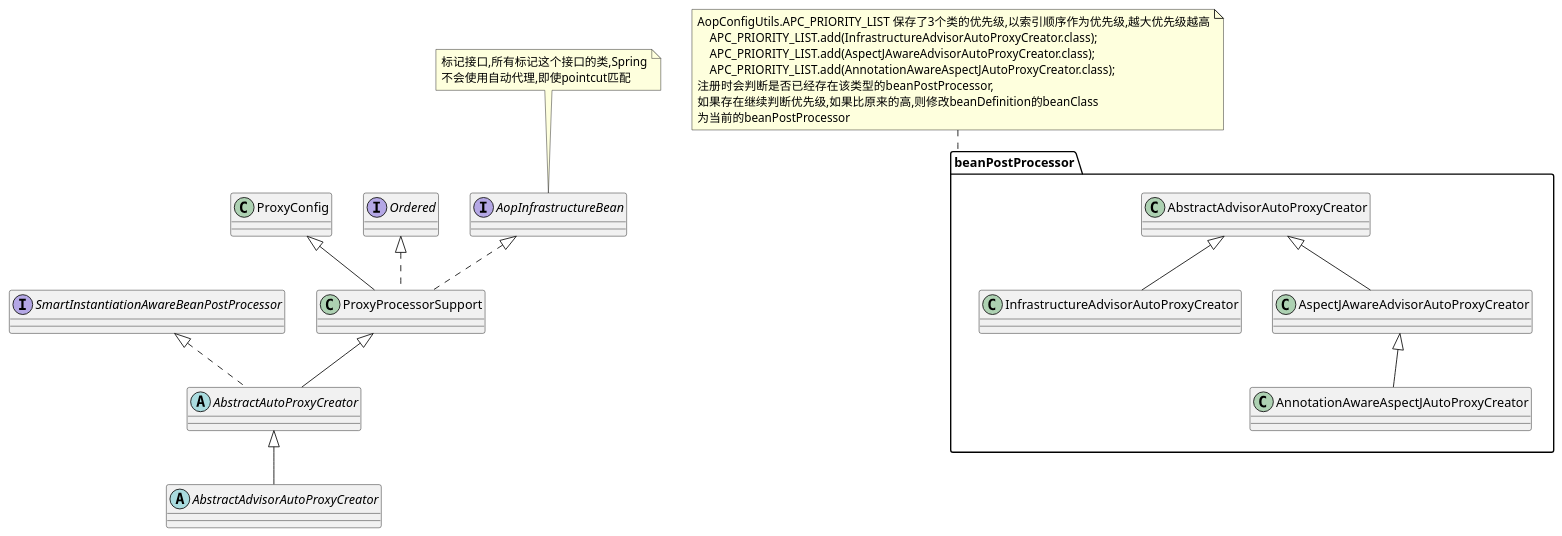
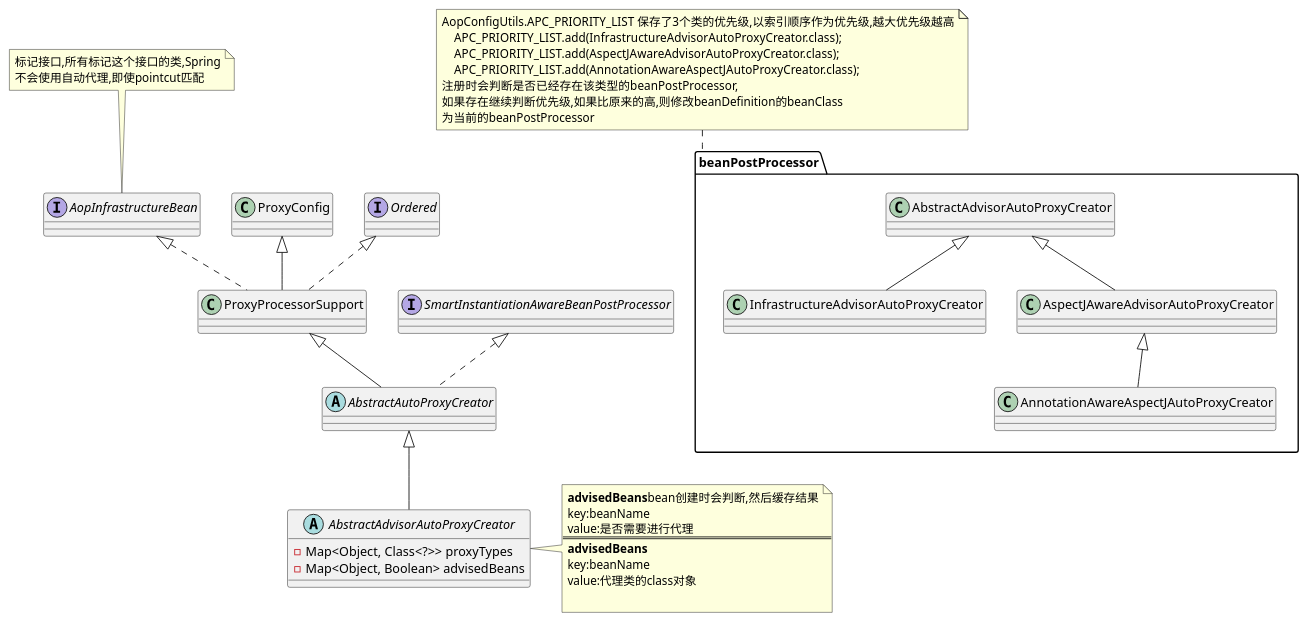
One commit to FHJ2020/spring-uml changed the diagram in uml/src/main/java/aop/clz/aop_beaPostProcessor_clz.puml. Above: the diagram before and after it, drawn with PlantUML. The commit also changed 1 other file, not shown here.

```diff
--- a/uml/src/main/java/aop/clz/aop_beaPostProcessor_clz.puml
+++ b/uml/src/main/java/aop/clz/aop_beaPostProcessor_clz.puml
@@ -1,33 +1,46 @@
 @startuml
 'https://plantuml.com/activity-diagram-beta
 
 
 interface AopInfrastructureBean
 note top
 标记接口,所有标记这个接口的类,Spring
 不会使用自动代理,即使pointcut匹配
 end note
 
 class ProxyProcessorSupport extends ProxyConfig implements Ordered, AopInfrastructureBean
 abstract class AbstractAutoProxyCreator extends ProxyProcessorSupport implements SmartInstantiationAwareBeanPostProcessor
-abstract class AbstractAdvisorAutoProxyCreator extends AbstractAutoProxyCreator
+abstract class AbstractAdvisorAutoProxyCreator extends AbstractAutoProxyCreator {
+    - Map<Object, Class<?>> proxyTypes
+    - Map<Object, Boolean> advisedBeans
+}
+note right of AbstractAdvisorAutoProxyCreator
+**advisedBeans**bean创建时会判断,然后缓存结果
+key:beanName
+value:是否需要进行代理
+===
+**advisedBeans**
+key:beanName
+value:代理类的class对象
+
+end note
 
 package beanPostProcessor {
 
 
 
     class InfrastructureAdvisorAutoProxyCreator extends AbstractAdvisorAutoProxyCreator
     class AspectJAwareAdvisorAutoProxyCreator extends AbstractAdvisorAutoProxyCreator
     class AnnotationAwareAspectJAutoProxyCreator extends AspectJAwareAdvisorAutoProxyCreator
 }
 note top of beanPostProcessor
 AopConfigUtils.APC_PRIORITY_LIST 保存了3个类的优先级,以索引顺序作为优先级,越大优先级越高
     APC_PRIORITY_LIST.add(InfrastructureAdvisorAutoProxyCreator.class);
     APC_PRIORITY_LIST.add(AspectJAwareAdvisorAutoProxyCreator.class);
     APC_PRIORITY_LIST.add(AnnotationAwareAspectJAutoProxyCreator.class);
 注册时会判断是否已经存在该类型的beanPostProcessor,
 如果存在继续判断优先级,如果比原来的高,则修改beanDefinition的beanClass
 为当前的beanPostProcessor
 end note
 
 @enduml
```
